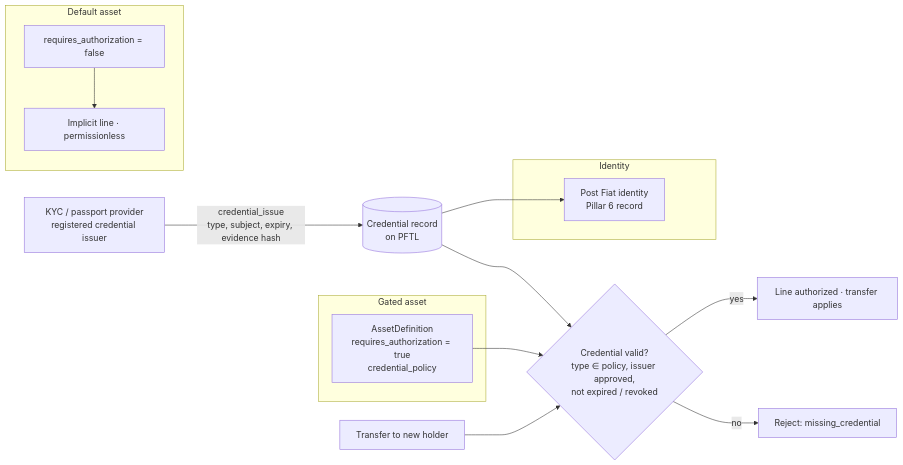
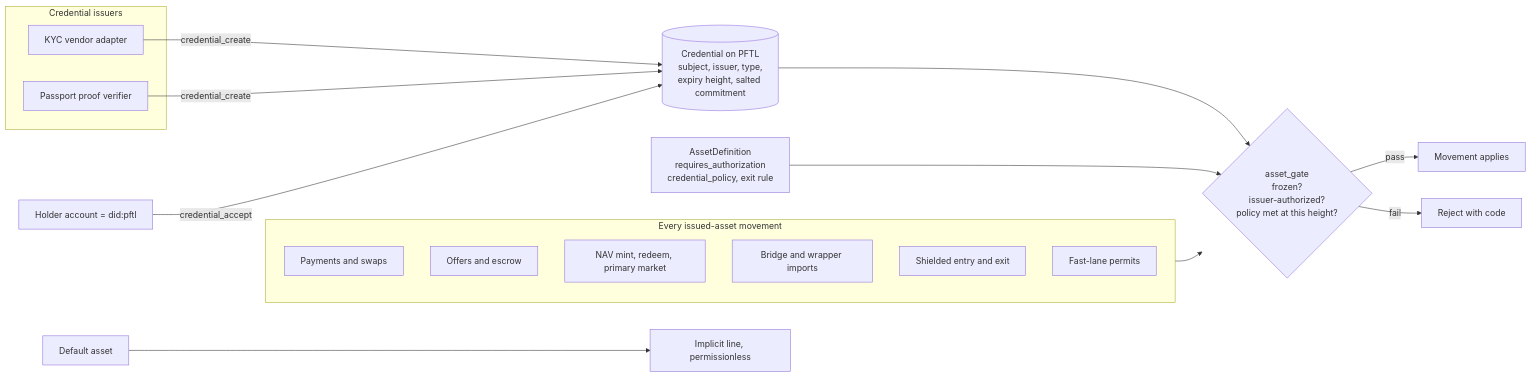
One commit to postfiatorg/postfiatl1v2 changed the diagram in big_milestone/pillars/08-onchain-identity.md. Above: the diagram before and after it, drawn with Mermaid. The commit also changed other lines of this file and 44 other files, not shown here.

````diff
--- a/big_milestone/pillars/08-onchain-identity.md
+++ b/big_milestone/pillars/08-onchain-identity.md
@@ -40,19 +56,24 @@
 ```mermaid
 flowchart LR
-    subgraph Identity
-      ID[Post Fiat identity<br/>Pillar 6 record]
+    subgraph Issuers["Credential issuers"]
+      KV["KYC vendor adapter"]
+      PV["Passport proof verifier"]
     end
-    KP[KYC / passport provider<br/>registered credential issuer] -- credential_issue<br/>type, subject, expiry, evidence hash --> CR[(Credential record<br/>on PFTL)]
-    CR --> ID
-    subgraph "Gated asset"
-      A[AssetDefinition<br/>requires_authorization = true<br/>credential_policy]
+    KV -- "credential_create" --> CR[("Credential on PFTL<br/>subject, issuer, type,<br/>expiry height, salted commitment")]
+    PV -- "credential_create" --> CR
+    H["Holder account = did:pftl"] -- "credential_accept" --> CR
+    subgraph Paths["Every issued-asset movement"]
+      P1["Payments and swaps"]
+      P2["Offers and escrow"]
+      P3["NAV mint, redeem, primary market"]
+      P4["Bridge and wrapper imports"]
+      P5["Shielded entry and exit"]
+      P6["Fast-lane permits"]
     end
-    T[Transfer to new holder] --> CHK{Credential valid?<br/>type ∈ policy, issuer approved,<br/>not expired / revoked}
-    A --> CHK
-    CR --> CHK
-    CHK -- yes --> OK[Line authorized · transfer applies]
-    CHK -- no --> NO[Reject: missing_credential]
-    subgraph "Default asset"
-      D[requires_authorization = false] --> AUTO[Implicit line · permissionless]
-    end
+    Paths --> G{"asset_gate<br/>frozen?<br/>issuer-authorized?<br/>policy met at this height?"}
+    CR --> G
+    A["AssetDefinition<br/>requires_authorization<br/>credential_policy, exit rule"] --> G
+    G -- "pass" --> OK["Movement applies"]
+    G -- "fail" --> NO["Reject with code"]
+    D["Default asset"] --> AUTO["Implicit line, permissionless"]
 ```
````
